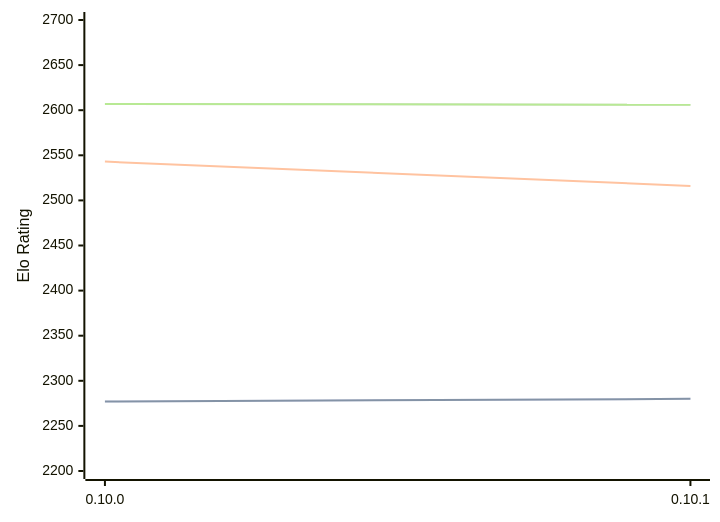
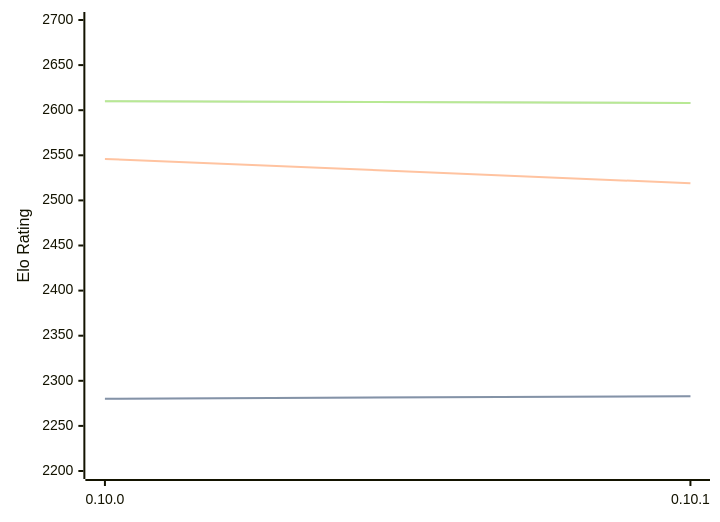
One commit to computer-chess-index/cci changed the diagram in engines/Fatalii.md. Above: the diagram before and after it, drawn with Mermaid. The commit also changed other lines of this file, not shown here.

Commit message:
Update CCI Ratings (ELO VLTC) - 2026-09-24

````diff
--- a/engines/Fatalii.md
+++ b/engines/Fatalii.md
@@ -32,11 +32,11 @@
 ```mermaid
 %%{init: {"theme":"base","themeVariables":{"seriesColors:['#a3a3a3','#222221','#faa371']}}}%%
 xychart-beta
   x-axis ["0.10.0", "0.10.1"]
   y-axis "Elo Rating" 2200 --> 2700
-  line "" [2277, 2280]
-  line "STC (8.0+0.08s)" [2277, 2280]
-  line "LTC (60.0+0.60s)" [2543, 2516]
-  line "" [2607, 2606]
-  line "VLTC (2m24s+1.12s)" [2607, 2606]
+  line "" [2280, 2283]
+  line "STC (8.0+0.08s)" [2280, 2283]
+  line "LTC (60.0+0.60s)" [2546, 2519]
+  line "" [2610, 2608]
+  line "VLTC (2m24s+1.12s)" [2610, 2608]
 ```
````
